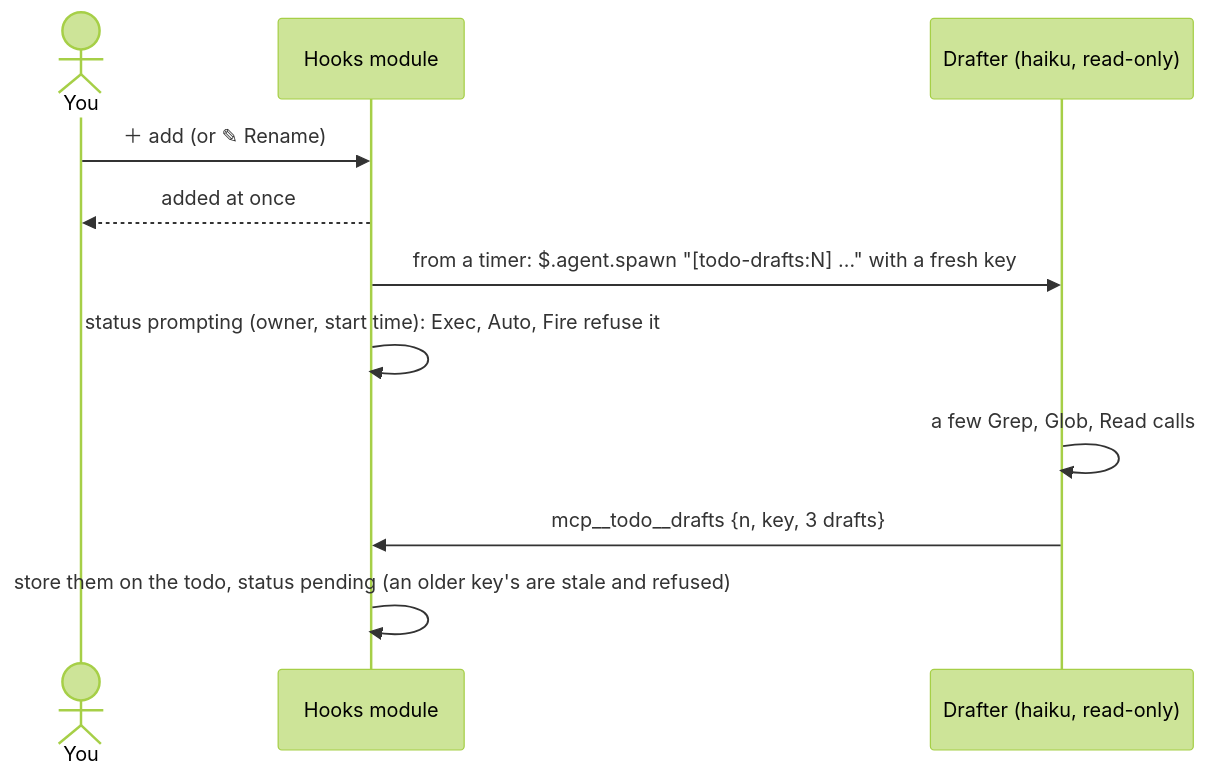
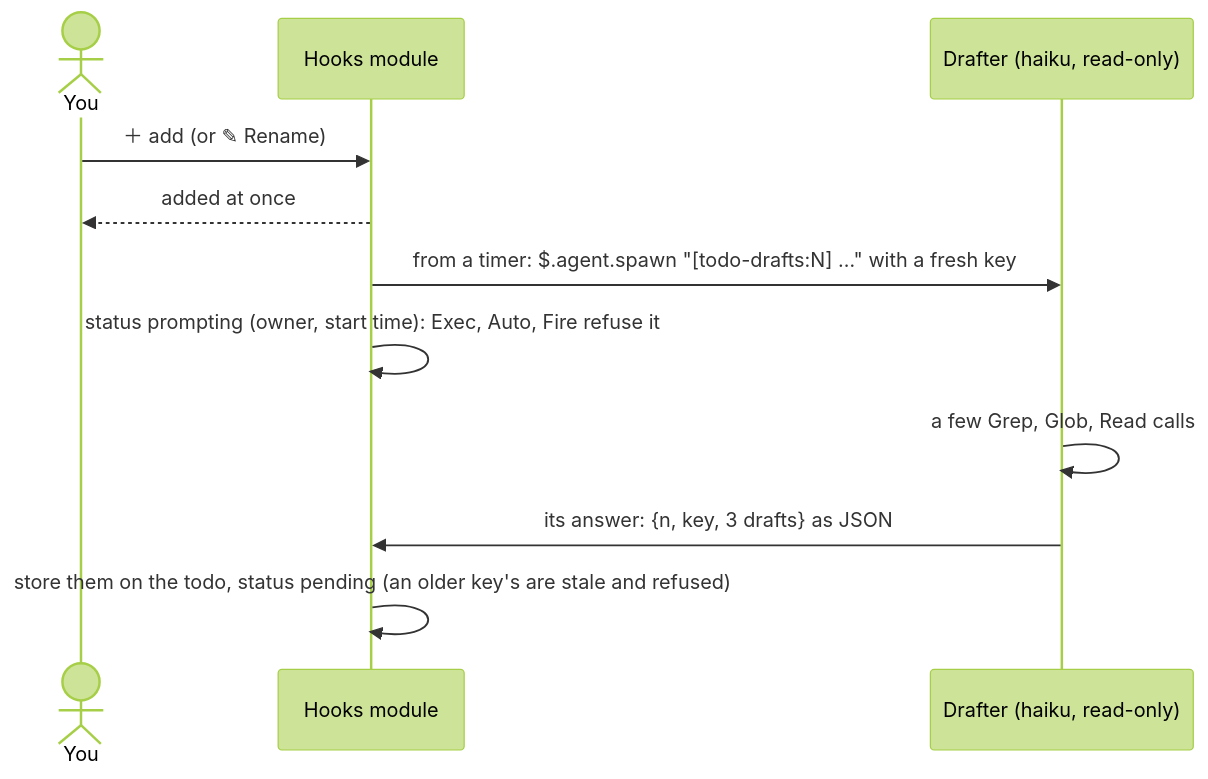
The fourth of 6 diagrams in docs/architecture.md (declanshanaghy/claude-todo), drawn with Mermaid (forest theme) before and after one commit. The commit also changed other lines of this file and 5 other files, not shown here.

First line of the commit message:
drafts: read the drafter's drafts from its answer, not a tool call

````diff
--- a/docs/architecture.md
+++ b/docs/architecture.md
@@ -167,13 +167,13 @@
 ```mermaid
 sequenceDiagram
   actor U as You
   participant H as Hooks module
   participant D as Drafter (haiku, read-only)
   U->>H: ＋ add (or ✎ Rename)
   H-->>U: added at once
   H->>D: from a timer: $.agent.spawn "[todo-drafts:N] …" with a fresh key
   H->>H: status prompting (owner, start time): Exec, Auto, Fire refuse it
   D->>D: a few Grep, Glob, Read calls
-  D->>H: mcp__todo__drafts {n, key, 3 drafts}
+  D->>H: its answer: {n, key, 3 drafts} as JSON
   H->>H: store them on the todo, status pending (an older key's are stale and refused)
 ```
````
